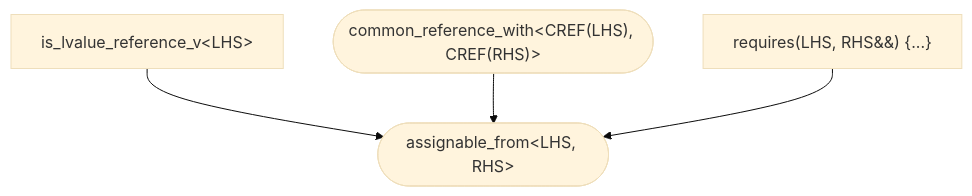
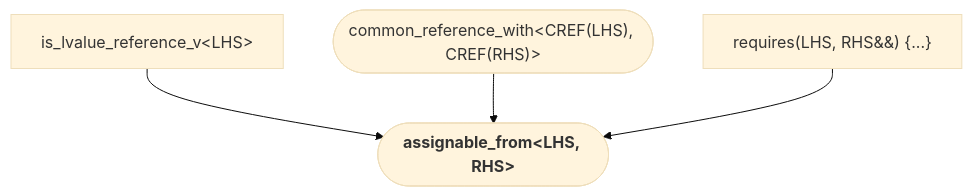
One commit to yohhoy/cpp-concepts changed the fifth of 18 diagrams in README.md. Above: the diagram before and after it, drawn with Mermaid (base theme). The commit also changed other lines of this file, not shown here.

````diff
--- a/README.md
+++ b/README.md
@@ -59,7 +59,7 @@
 ```mermaid
 graph TD
-    %% std::swappable<T>
-    AC1["is_lvalue_reference_v&lt;LHS&gt;"] --> swappable(["assignable_from&lt;LHS, RHS&gt;"]);
-    common_reference_with(["common_reference_with&lt;CREF(LHS), CREF(RHS)&gt;"]) --> swappable;
-    AC2["requires(LHS, RHS&amp;&amp;) {...}"] --> swappable;
+    %% std::assignable_from<LHS, RHS>
+    AC1["is_lvalue_reference_v&lt;LHS&gt;"] --> assignable_from(["<b>assignable_from&lt;LHS, RHS&gt;</b>"]);
+    common_reference_with(["common_reference_with&lt;CREF(LHS), CREF(RHS)&gt;"]) --> assignable_from;
+    AC2["requires(LHS, RHS&amp;&amp;) {...}"] --> assignable_from;
 ```
````
